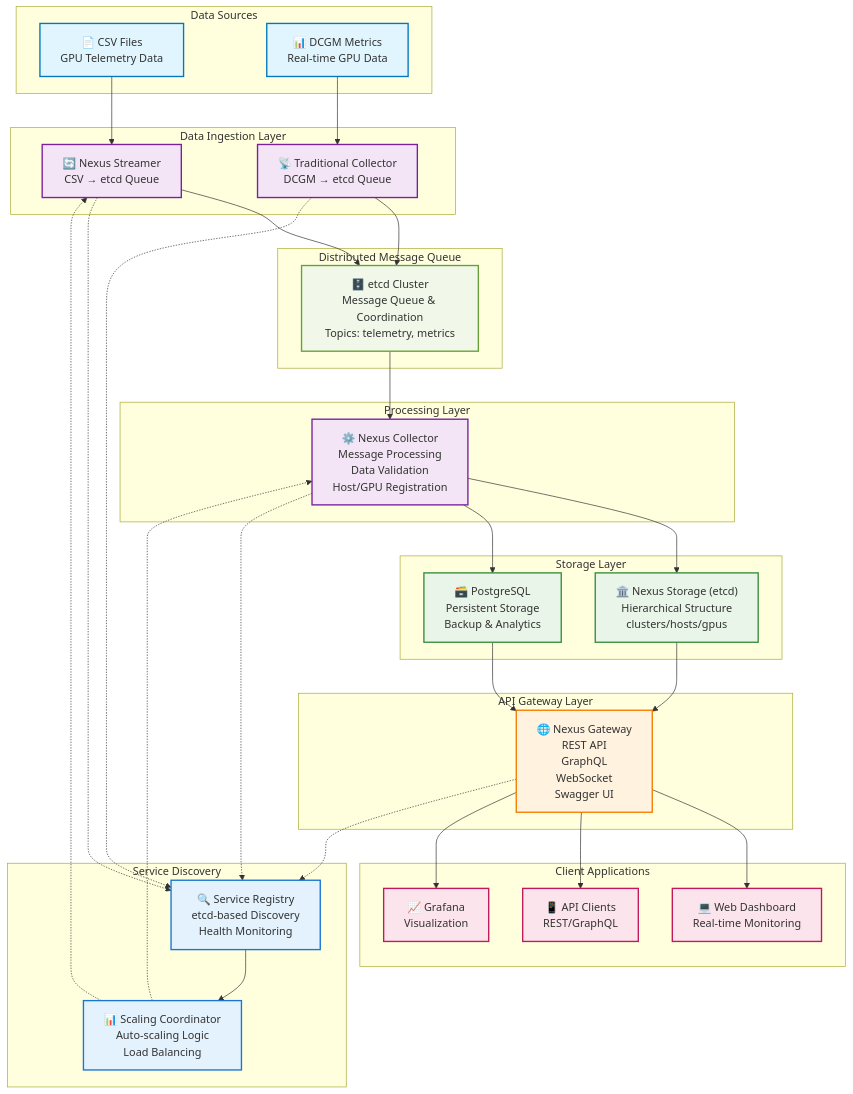
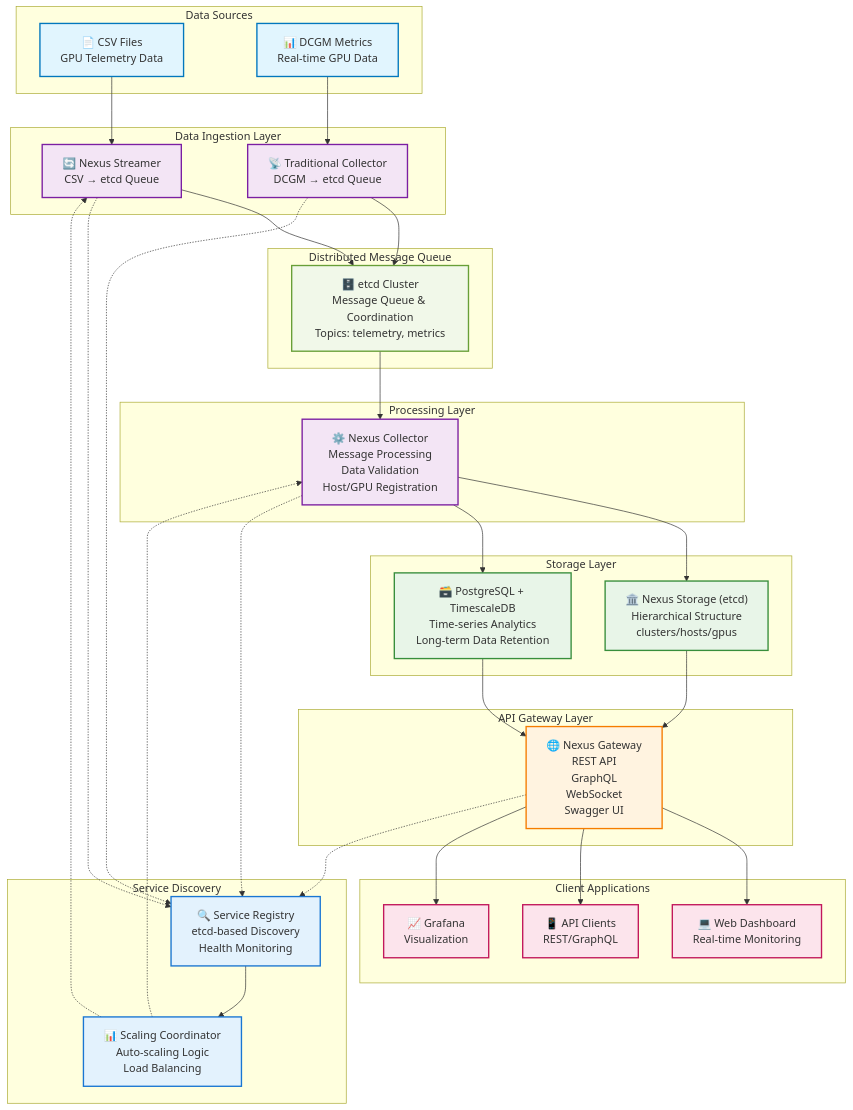
Before and after one commit to dilipmighty245/telemetry-pipeline: the first of 2 diagrams in README.md, drawn with Mermaid. The commit also changed other lines of this file and 12 other files, not shown here.

```diff
--- a/README.md
+++ b/README.md
@@ -113,7 +113,7 @@
     %% Storage Layer
     subgraph "Storage Layer"
         NEXUS["🏛️ Nexus Storage (etcd)<br/>Hierarchical Structure<br/>clusters/hosts/gpus"]
-        POSTGRES["🗃️ PostgreSQL<br/>Persistent Storage<br/>Backup & Analytics"]
+        POSTGRES["🗃️ PostgreSQL + TimescaleDB<br/>Time-series Analytics<br/>Long-term Data Retention"]
     end
 
     %% API Layer
```
